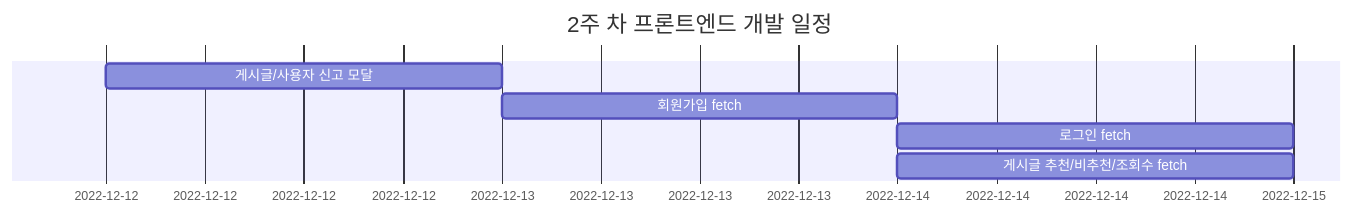
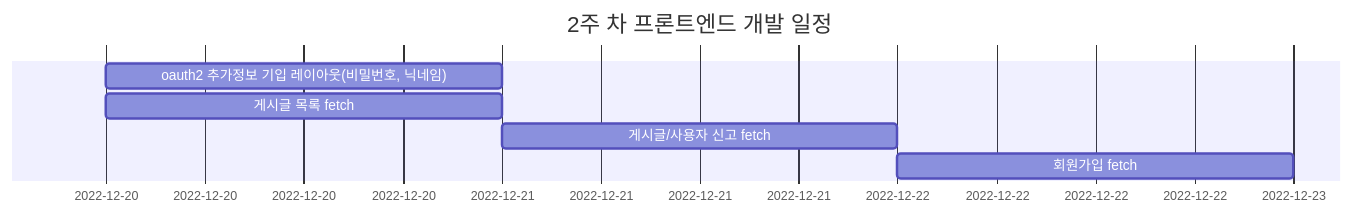
The second of 2 diagrams in profile/README.md (TEAM-ACO/.github), drawn with Mermaid before and after one commit. The commit also changed other lines of this file, not shown here.

````diff
--- a/profile/README.md
+++ b/profile/README.md
@@ -13,13 +12,15 @@
 ```mermaid
 gantt
     title 2주 차 프론트엔드 개발 일정
     dateFormat  YYYY-MM-DD
+    oauth2 추가정보 기입 레이아웃(비밀번호, 닉네임): a1, 2022-12-20, 1d
+    게시글 목록 fetch: a1, 2022-12-20, 1d
+    게시글/사용자 신고 fetch: a1, 2022-12-21, 1d
+    회원가입 fetch : a1, 2022-12-22, 1d
+    
+    
 
-    게시글/사용자 신고 모달: a1, 2022-12-12, 1d
-    회원가입 fetch : a1, 2022-12-13, 1d
-    로그인 fetch: a1, 2022-12-14, 1d
-    게시글 추천/비추천/조회수 fetch: a1, 2022-12-14, 1d
     
 
     
 ```
````
